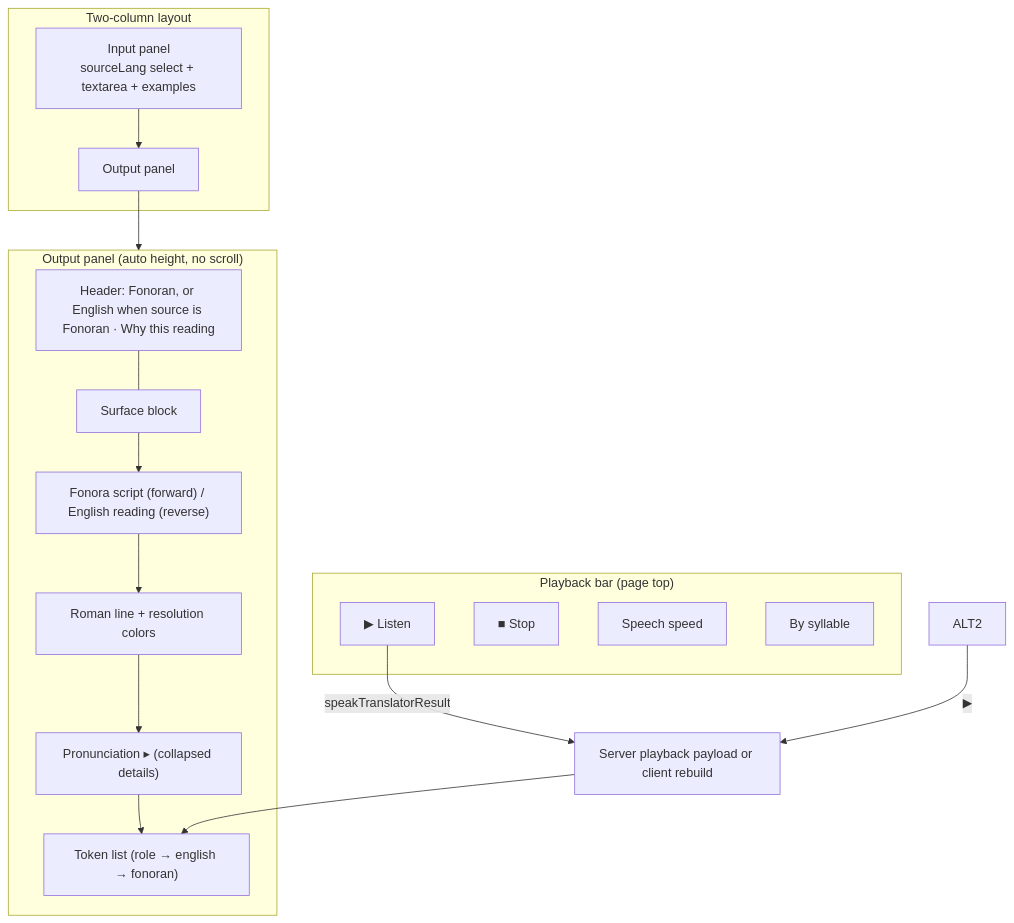
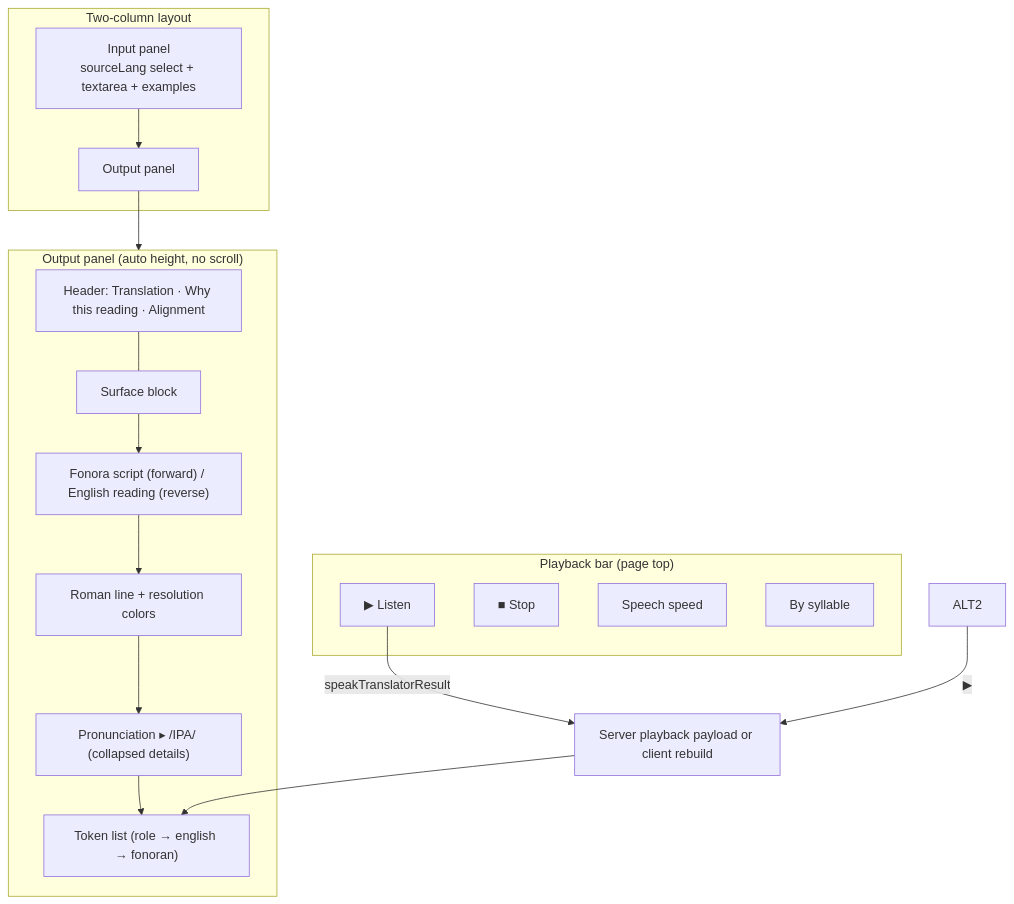
One commit to Fonora/fonora changed the third of 3 diagrams in docs/fonoran-translator.md. Above: the diagram before and after it, drawn with Mermaid. The commit also changed other lines of this file and 40 other files, not shown here.

````diff
--- a/docs/fonoran-translator.md
+++ b/docs/fonoran-translator.md
@@ -106,31 +106,31 @@
 ```mermaid
 flowchart TB
   subgraph Layout["Two-column layout"]
     LEFT["Input panel<br/>sourceLang select + textarea + examples"]
     RIGHT["Output panel"]
   end
 
   subgraph OutputPanel["Output panel (auto height, no scroll)"]
-    HDR["Header: Fonoran, or English when source is Fonoran · Why this reading"]
+    HDR["Header: Translation · Why this reading · Alignment"]
     SURF["Surface block"]
     SCRIPT["Fonora script (forward) / English reading (reverse)"]
     ROMAN["Roman line + resolution colors"]
-    PRON["Pronunciation ▸ (collapsed details)"]
+    PRON["Pronunciation ▸ /IPA/ (collapsed details)"]
     TOK["Token list (role → english → fonoran)"]
     HDR --- SURF
     SURF --> SCRIPT --> ROMAN --> PRON --> TOK
   end
 
   subgraph Playback["Playback bar (page top)"]
     LISTEN["▶ Listen"]
     STOP["■ Stop"]
     SPD["Speech speed"]
     SYL["By syllable"]
   end
 
   LEFT --> RIGHT
   RIGHT --> OutputPanel
   LISTEN -->|speakTranslatorResult| PB2["Server playback payload or client rebuild"]
   PB2 --> TOK
   ALT2 -->|▶| PB2
 ```
````
